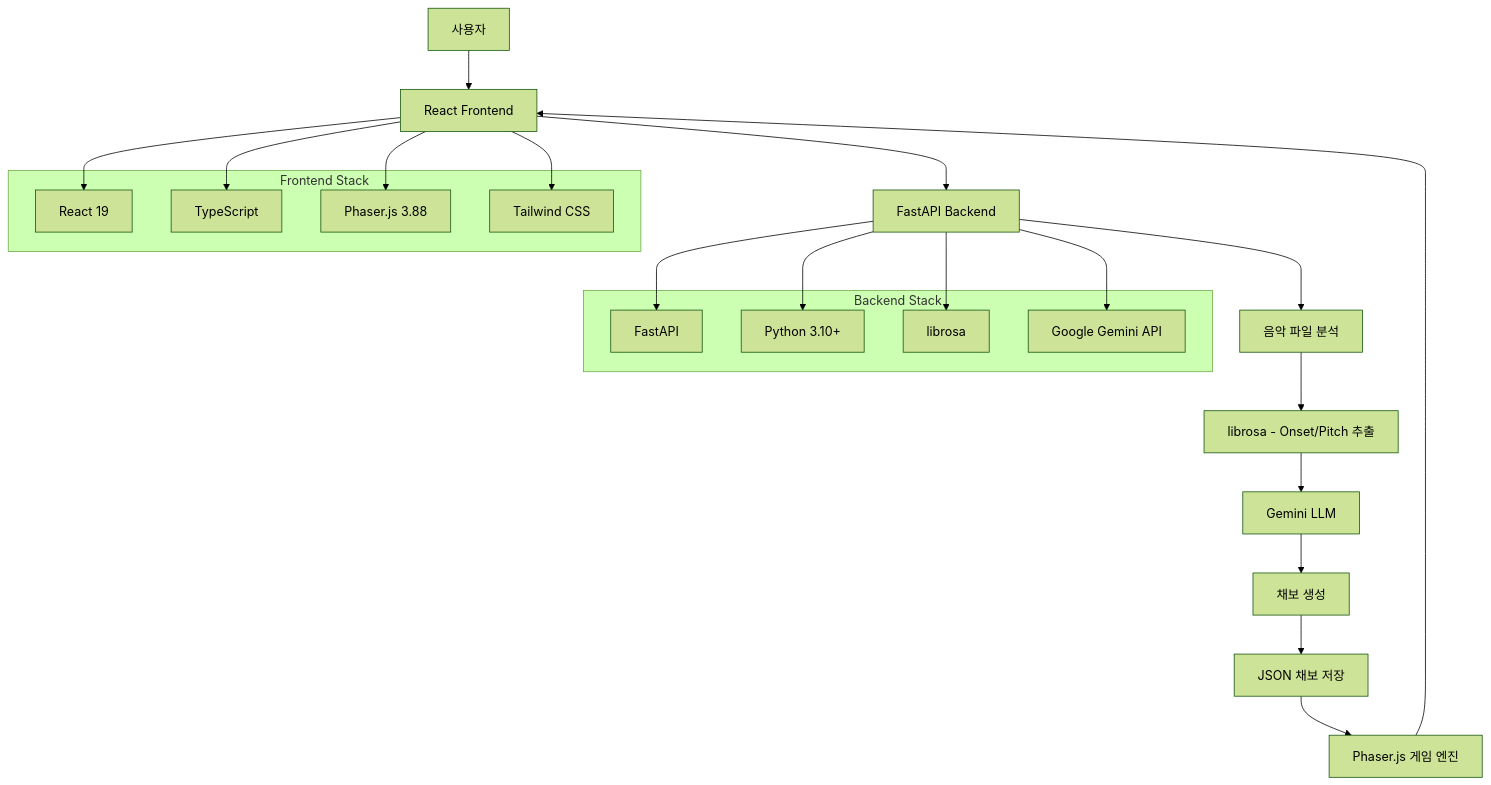
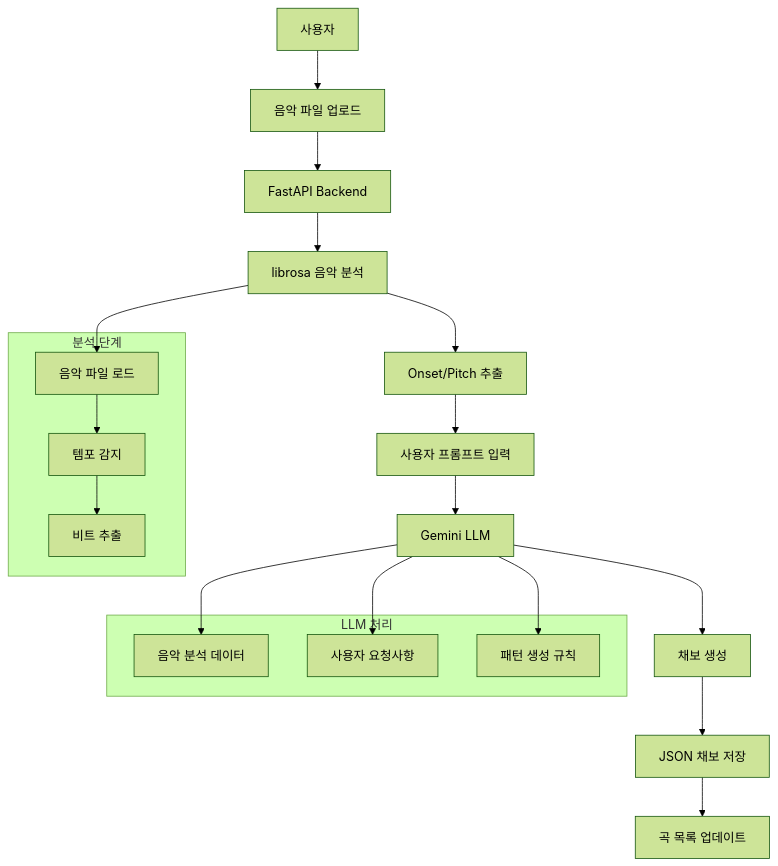
One commit to machamy/HCI_Project changed the first of 2 diagrams in readme.md. Above: the diagram before and after it, drawn with Mermaid (forest theme). The commit also changed other lines of this file, not shown here.

````diff
--- a/readme.md
+++ b/readme.md
@@ -18,35 +20,31 @@
 ```mermaid
 graph TB
-    A[사용자] --> B[React Frontend]
+    A[사용자] --> B[음악 파일 업로드]
     B --> C[FastAPI Backend]
-    C --> D[음악 파일 분석]
-    D --> E[librosa - Onset/Pitch 추출]
-    E --> F[Gemini LLM]
-    F --> G[채보 생성]
-    G --> H[JSON 채보 저장]
-    H --> I[Phaser.js 게임 엔진]
-    I --> B
+    C --> D[librosa 음악 분석]
+    D --> E[Onset/Pitch 추출]
+    E --> F[사용자 프롬프트 입력]
+    F --> G[Gemini LLM]
+    G --> H[채보 생성]
+    H --> I[JSON 채보 저장]
+    I --> J[곡 목록 업데이트]
     
-    subgraph "Frontend Stack"
-        B1[React 19]
-        B2[TypeScript]
-        B3[Phaser.js 3.88]
-        B4[Tailwind CSS]
+    subgraph "분석 단계"
+        D1[음악 파일 로드]
+        D2[템포 감지]
+        D3[비트 추출]
     end
     
-    subgraph "Backend Stack"
-        C1[FastAPI]
-        C2[Python 3.10+]
-        C3[librosa]
-        C4[Google Gemini API]
+    subgraph "LLM 처리"
+        G1[음악 분석 데이터]
+        G2[사용자 요청사항]
+        G3[패턴 생성 규칙]
     end
     
-    B --> B1
-    B --> B2
-    B --> B3
-    B --> B4
-    C --> C1
-    C --> C2
-    C --> C3
-    C --> C4
+    D --> D1
+    D1 --> D2
+    D2 --> D3
+    G --> G1
+    G --> G2
+    G --> G3
 ```
````
